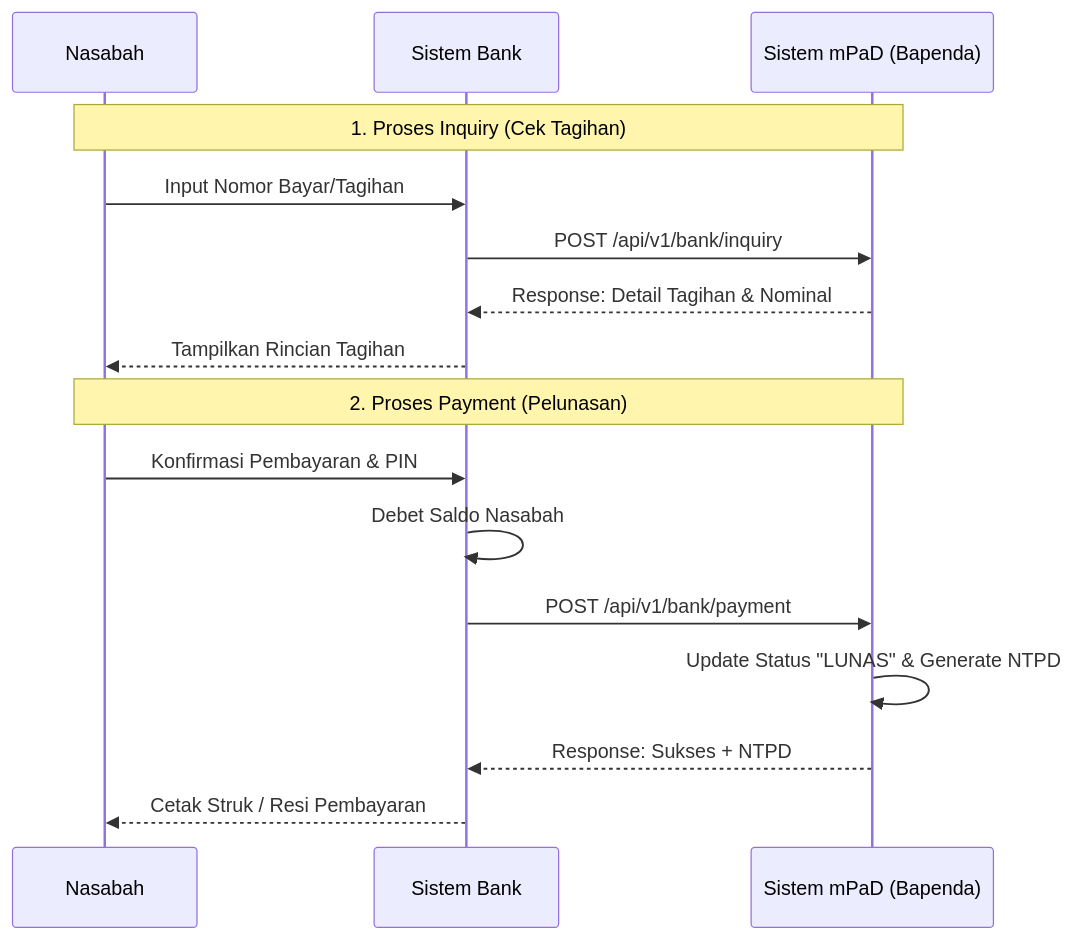
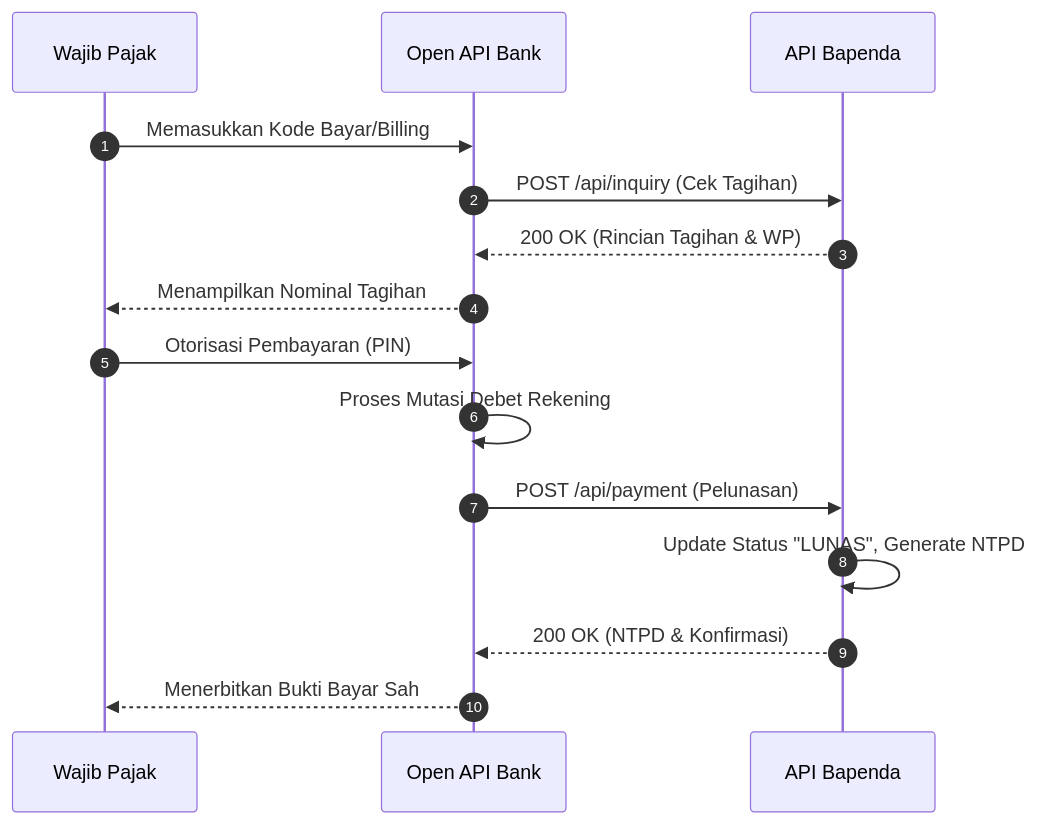
The third of 3 diagrams in docs/Dokumen_Perencanaan_Sistem_Pendapatan_Baubau.md (arif-rizal1122/retribusi-api), drawn with Mermaid before and after one commit. The commit also changed other lines of this file, not shown here.

Commit message:
Fix duplicate architecture diagrams and enhance descriptions

```diff
--- a/docs/Dokumen_Perencanaan_Sistem_Pendapatan_Baubau.md
+++ b/docs/Dokumen_Perencanaan_Sistem_Pendapatan_Baubau.md
@@ -128,20 +97,19 @@
 <div class="mermaid">
 sequenceDiagram
-    participant Nasabah
-    participant Bank as Sistem Bank
-    participant mPaD as Sistem mPaD (Bapenda)
+    autonumber
+    participant WP as Wajib Pajak
+    participant Bank as Open API Bank
+    participant Bapenda as API Bapenda
 
-    Note over Nasabah,mPaD: 1. Proses Inquiry (Cek Tagihan)
-    Nasabah->>Bank: Input Nomor Bayar/Tagihan
-    Bank->>mPaD: POST /api/v1/bank/inquiry
-    mPaD-->>Bank: Response: Detail Tagihan & Nominal
-    Bank-->>Nasabah: Tampilkan Rincian Tagihan
+    WP->>Bank: Memasukkan Kode Bayar/Billing
+    Bank->>Bapenda: POST /api/inquiry (Cek Tagihan)
+    Bapenda-->>Bank: 200 OK (Rincian Tagihan & WP)
+    Bank-->>WP: Menampilkan Nominal Tagihan
 
-    Note over Nasabah,mPaD: 2. Proses Payment (Pelunasan)
-    Nasabah->>Bank: Konfirmasi Pembayaran & PIN
-    Bank->>Bank: Debet Saldo Nasabah
-    Bank->>mPaD: POST /api/v1/bank/payment
-    mPaD->>mPaD: Update Status "LUNAS" & Generate NTPD
-    mPaD-->>Bank: Response: Sukses + NTPD
-    Bank-->>Nasabah: Cetak Struk / Resi Pembayaran
+    WP->>Bank: Otorisasi Pembayaran (PIN)
+    Bank->>Bank: Proses Mutasi Debet Rekening
+    Bank->>Bapenda: POST /api/payment (Pelunasan)
+    Bapenda->>Bapenda: Update Status "LUNAS", Generate NTPD
+    Bapenda-->>Bank: 200 OK (NTPD & Konfirmasi)
+    Bank-->>WP: Menerbitkan Bukti Bayar Sah
 </div>
```
